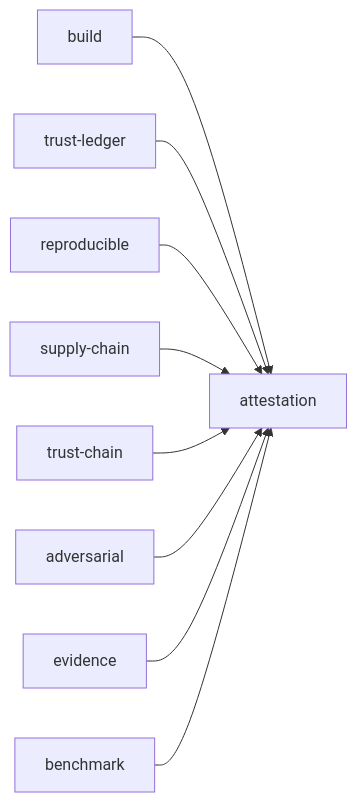
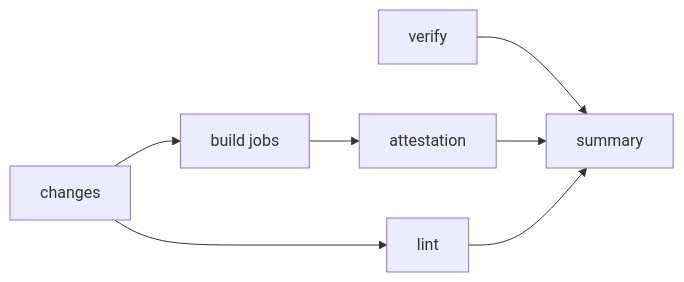
Before and after one commit to NON-OS/microkernel: the diagram in docs/build/ci.md, drawn with Mermaid. The commit also changed other lines of this file and 19 other files, not shown here.

````diff
--- a/docs/build/ci.md
+++ b/docs/build/ci.md
@@ -11,11 +22,8 @@
 ```mermaid
 flowchart LR
-    build --> attestation
-    ledger[trust-ledger] --> attestation
-    reproducible --> attestation
-    supply[supply-chain] --> attestation
-    chain[trust-chain] --> attestation
-    adversarial --> attestation
-    evidence --> attestation
-    benchmark --> attestation
+    changes --> jobs[build jobs]
+    changes --> lint
+    verify --> summary
+    jobs --> attestation --> summary
+    lint --> summary
 ```
````
